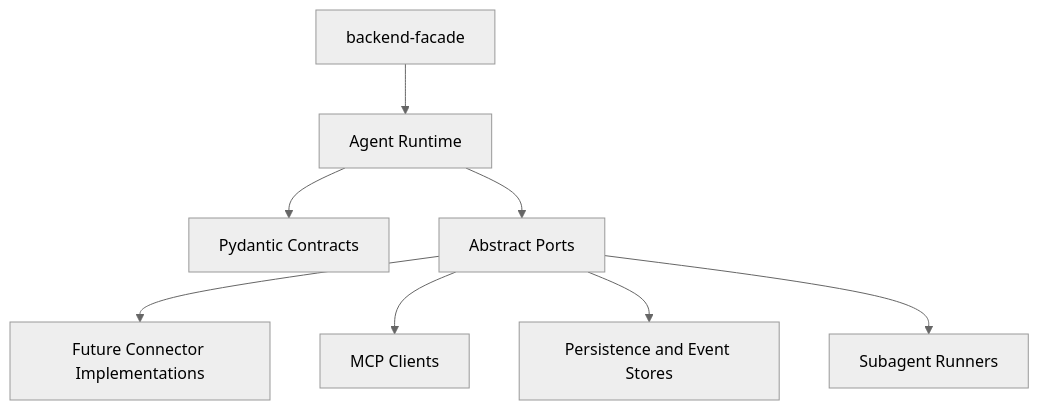
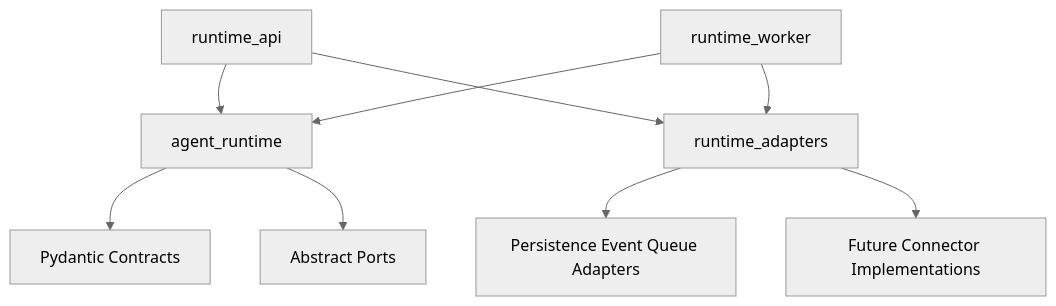
Before and after one commit to 0x-copilot-dev/0x-copilot: the diagram in services/ai-backend/docs/architecture/package-structure.md, drawn with Mermaid (neutral theme). The commit also changed other lines of this file and 147 other files, not shown here.

First line of the commit message:
Restructure AI backend runtime packages

````diff
--- a/services/ai-backend/docs/architecture/package-structure.md
+++ b/services/ai-backend/docs/architecture/package-structure.md
@@ -72,10 +64,11 @@
 ```mermaid
 flowchart TD
-  Facade[backend-facade] --> AgentRuntime[Agent Runtime]
+  RuntimeApi[runtime_api] --> AgentRuntime[agent_runtime]
+  RuntimeWorker[runtime_worker] --> AgentRuntime
+  RuntimeApi --> RuntimeAdapters[runtime_adapters]
+  RuntimeWorker --> RuntimeAdapters
   AgentRuntime --> Contracts[Pydantic Contracts]
   AgentRuntime --> Ports[Abstract Ports]
-  Ports --> Connectors[Future Connector Implementations]
-  Ports --> McpClients[MCP Clients]
-  Ports --> Stores[Persistence and Event Stores]
-  Ports --> Runners[Subagent Runners]
+  RuntimeAdapters --> Stores[Persistence Event Queue Adapters]
+  RuntimeAdapters --> Connectors[Future Connector Implementations]
 ```
````
